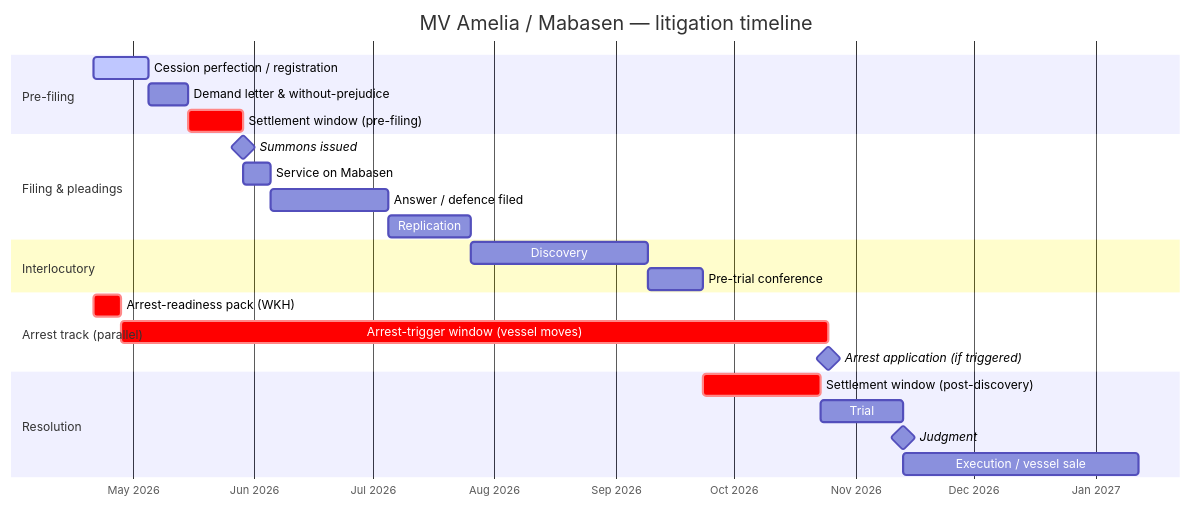
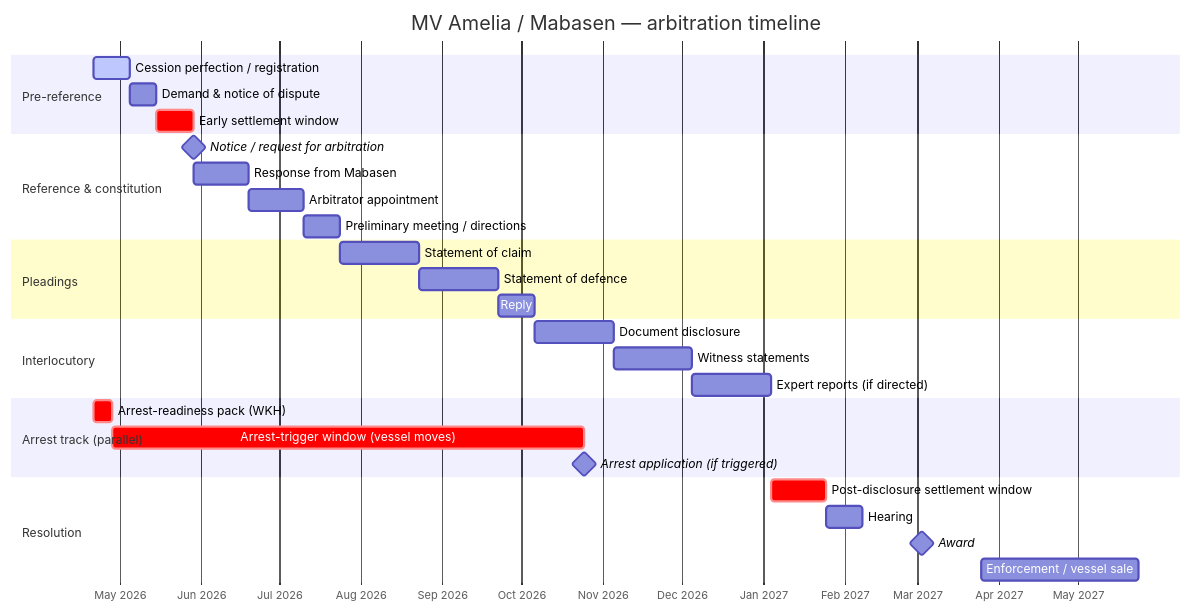
One commit to LutherMostert/Visas-program changed the diagram in board-prep/03-amelia-gantt.md. Above: the diagram before and after it, drawn with Mermaid. The commit also changed other lines of this file and 4 other files, not shown here.

First line of the commit message:
Reframe Amelia pack: arbitration not litigation, N$100m valuation confirmed

````diff
--- a/board-prep/03-amelia-gantt.md
+++ b/board-prep/03-amelia-gantt.md
@@ -7,32 +14,38 @@
 ```mermaid
 gantt
-    title MV Amelia / Mabasen — litigation timeline
+    title MV Amelia / Mabasen — arbitration timeline
     dateFormat  YYYY-MM-DD
     axisFormat  %b %Y
 
-    section Pre-filing
-    Cession perfection / registration   :active, cess, 2026-04-21, 14d
-    Demand letter & without-prejudice    :demand, after cess, 10d
-    Settlement window (pre-filing)       :crit, settle1, after demand, 14d
+    section Pre-reference
+    Cession perfection / registration    :active, cess, 2026-04-21, 14d
+    Demand & notice of dispute            :demand, after cess, 10d
+    Early settlement window               :crit, settle1, after demand, 14d
 
-    section Filing & pleadings
-    Summons issued                       :milestone, file, after settle1, 0d
-    Service on Mabasen                   :serve, after file, 7d
-    Answer / defence filed               :ans, after serve, 30d
-    Replication                          :rep, after ans, 21d
+    section Reference & constitution
+    Notice / request for arbitration      :milestone, notice, after settle1, 0d
+    Response from Mabasen                  :resp, after notice, 21d
+    Arbitrator appointment                 :arb, after resp, 21d
+    Preliminary meeting / directions       :pm, after arb, 14d
+
+    section Pleadings
+    Statement of claim                     :soc, after pm, 30d
+    Statement of defence                   :sod, after soc, 30d
+    Reply                                  :reply, after sod, 14d
 
     section Interlocutory
-    Discovery                            :disc, after rep, 45d
-    Pre-trial conference                 :ptc, after disc, 14d
+    Document disclosure                    :disc, after reply, 30d
+    Witness statements                     :wits, after disc, 30d
+    Expert reports (if directed)           :exp, after wits, 30d
 
     section Arrest track (parallel)
-    Arrest-readiness pack (WKH)          :crit, arrestprep, 2026-04-21, 7d
-    Arrest-trigger window (vessel moves) :crit, arrestwin, 2026-04-28, 180d
-    Arrest application (if triggered)    :milestone, arrest, after arrestwin, 0d
+    Arrest-readiness pack (WKH)            :crit, arrestprep, 2026-04-21, 7d
+    Arrest-trigger window (vessel moves)   :crit, arrestwin, 2026-04-28, 180d
+    Arrest application (if triggered)      :milestone, arrest, after arrestwin, 0d
 
     section Resolution
-    Settlement window (post-discovery)   :crit, settle2, after ptc, 30d
-    Trial                                :trial, after settle2, 21d
-    Judgment                             :milestone, judg, after trial, 0d
-    Execution / vessel sale              :exec, after judg, 60d
+    Post-disclosure settlement window      :crit, settle2, after exp, 21d
+    Hearing                                :hear, after settle2, 14d
+    Award                                  :milestone, award, after hear, 45d
+    Enforcement / vessel sale              :enf, after award, 60d
 ```
````
